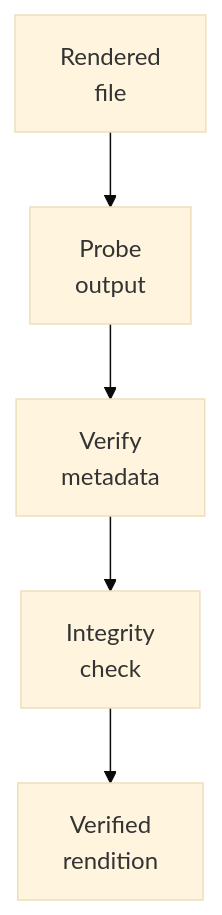
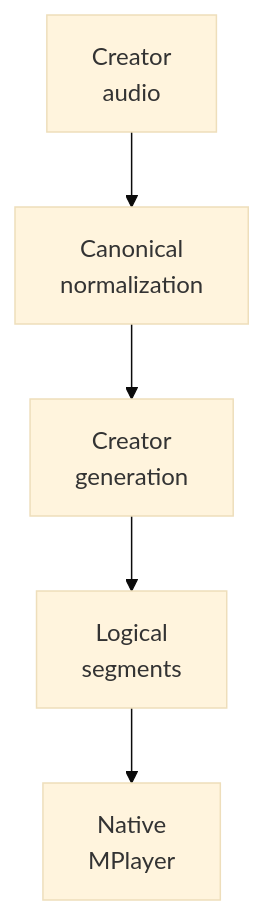
The third of 6 diagrams in docs/media/NATIVE_MEDIA_ENGINEERING.md (wilderruiz/millenova-project), drawn with Mermaid (base theme) before and after one commit. The commit also changed other lines of this file, not shown here.

Commit message:
docs: expand native media engineering for MP3 genome architecture

````diff
--- a/docs/media/NATIVE_MEDIA_ENGINEERING.md
+++ b/docs/media/NATIVE_MEDIA_ENGINEERING.md
@@ -180,7 +60,7 @@
 ```mermaid
 flowchart TD
-    OUTPUT["Rendered<br/>file"] --> PROBE["Probe<br/>output"]
-    PROBE --> META["Verify<br/>metadata"]
-    META --> HASH["Integrity<br/>check"]
-    HASH --> READY["Verified<br/>rendition"]
+    AUDIO["Creator<br/>audio"] --> NORM["Canonical<br/>normalization"]
+    NORM --> GEN["Creator<br/>generation"]
+    GEN --> SEG["Logical<br/>segments"]
+    SEG --> PLAYER["Native<br/>MPlayer"]
 ```
````
